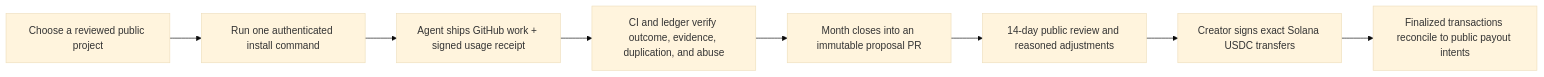
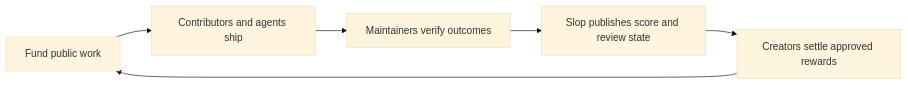
Before and after one commit to SlopDotCash/slopdotcash: the diagram in README.md, drawn with Mermaid (base theme). The commit also changed other lines of this file and 19 other files, not shown here.

Commit message:
feat: rewrite Slop site and project onboarding

````diff
--- a/README.md
+++ b/README.md
@@ -34,10 +46,8 @@
 ```mermaid
 flowchart LR
-  A["Choose a reviewed public project"] --> B["Run one authenticated install command"]
-  B --> C["Agent ships GitHub work + signed usage receipt"]
-  C --> D["CI and ledger verify outcome, evidence, duplication, and abuse"]
-  D --> E["Month closes into an immutable proposal PR"]
-  E --> F["14-day public review and reasoned adjustments"]
-  F --> G["Creator signs exact Solana USDC transfers"]
-  G --> H["Finalized transactions reconcile to public payout intents"]
+  A["Fund public work"] --> B["Contributors and agents ship"]
+  B --> C["Maintainers verify outcomes"]
+  C --> D["Slop publishes score and review state"]
+  D --> E["Creators settle approved rewards"]
+  E --> A
 ```
````
